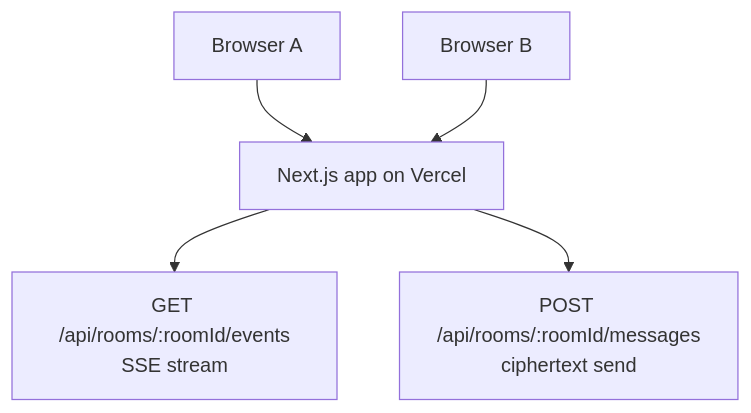
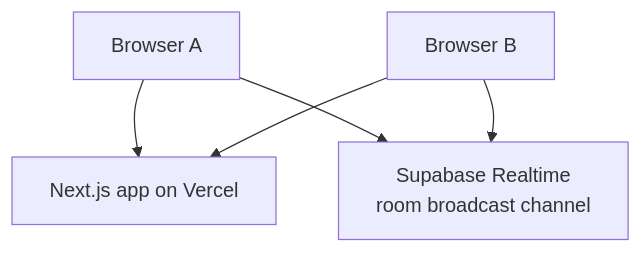
Before and after one commit to matthewlovestocode/e2echat: the diagram in docs/vercel.md, drawn with Mermaid. The commit also changed other lines of this file and 19 other files, not shown here.

Commit message:
Use Supabase Realtime transport

````diff
--- a/docs/vercel.md
+++ b/docs/vercel.md
@@ -7,13 +7,12 @@
 ```mermaid
 flowchart TD
   browserA["Browser A"]
   browserB["Browser B"]
   next["Next.js app on Vercel"]
-  events["GET /api/rooms/:roomId/events\nSSE stream"]
-  messages["POST /api/rooms/:roomId/messages\nciphertext send"]
+  realtime["Supabase Realtime\nroom broadcast channel"]
 
   browserA --> next
   browserB --> next
-  next --> events
-  next --> messages
+  browserA --> realtime
+  browserB --> realtime
 ```
````
